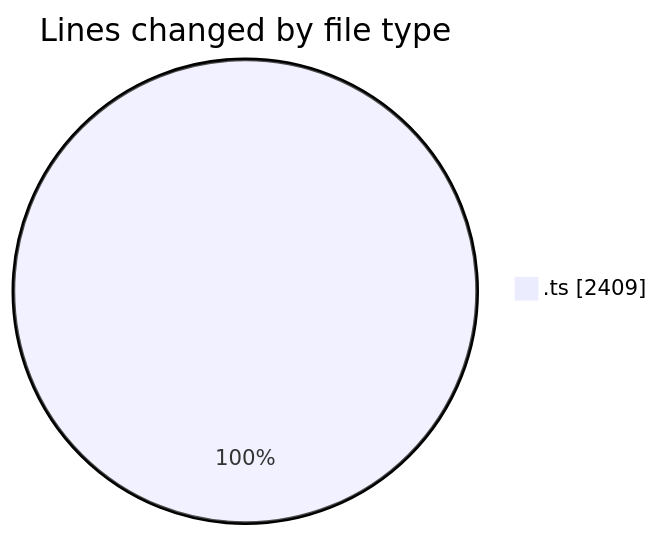
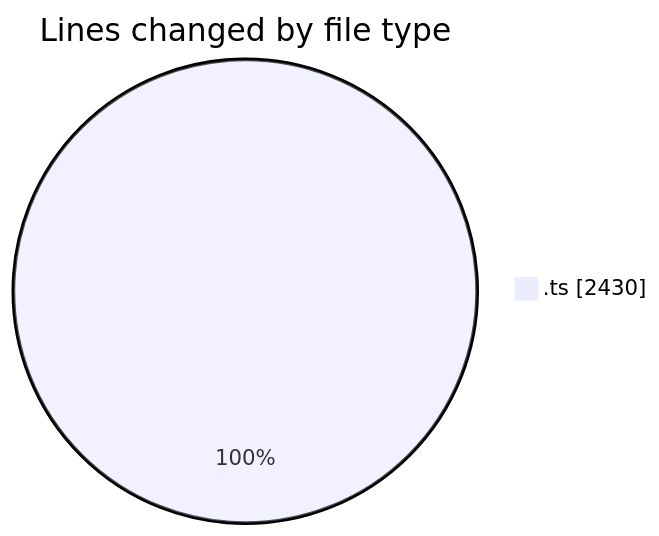
The first of 2 diagrams in 2025-10-23/cda/README.md (momahboobian/code-tracking), drawn with Mermaid before and after one commit. The commit also changed other lines of this file and 1 other file, not shown here.

````diff
--- a/2025-10-23/cda/README.md
+++ b/2025-10-23/cda/README.md
@@ -23,5 +23,5 @@
 ```mermaid
 pie showData
 title Lines changed by file type
-".ts" : 2409
+".ts" : 2430
 ```
````
